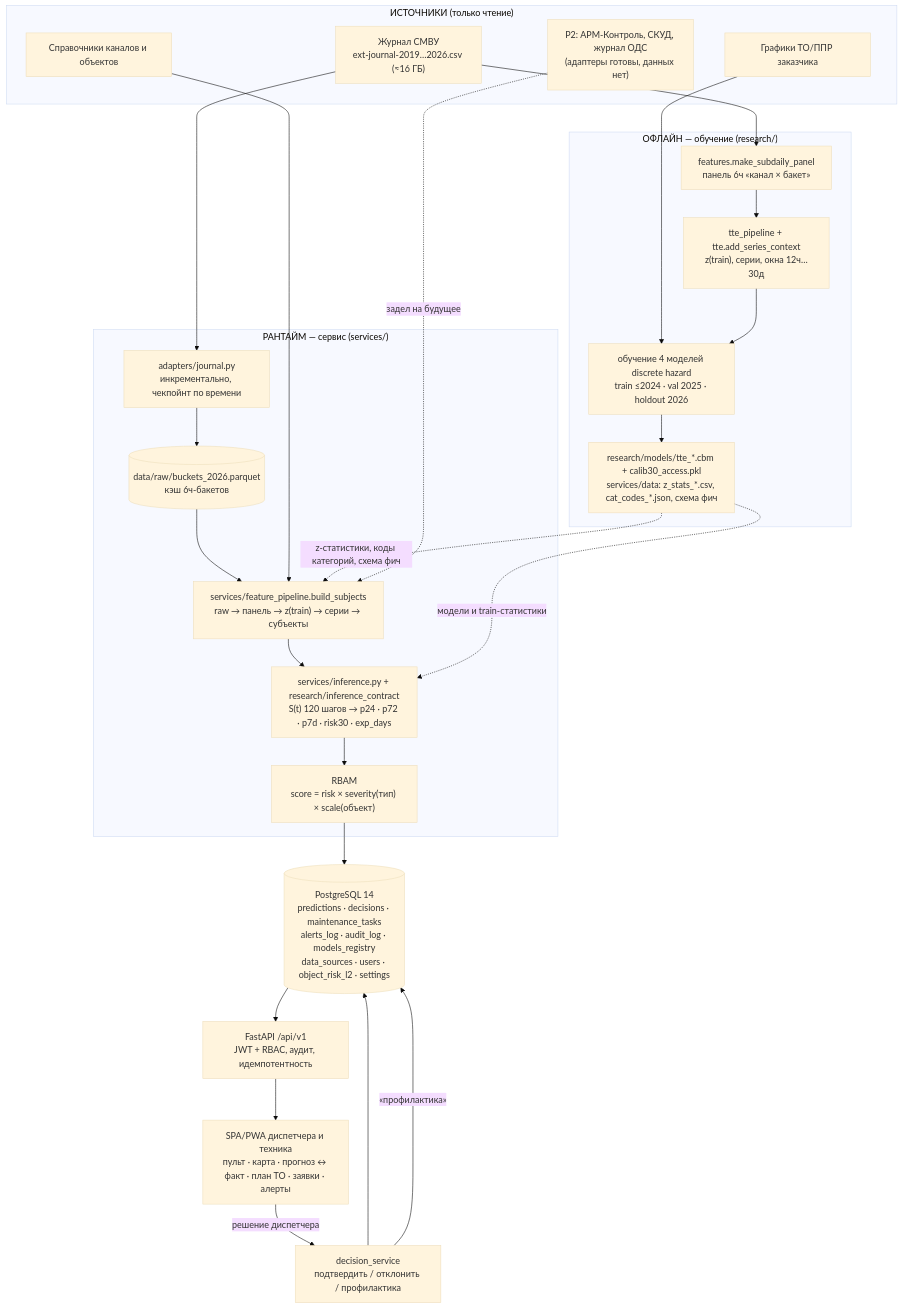
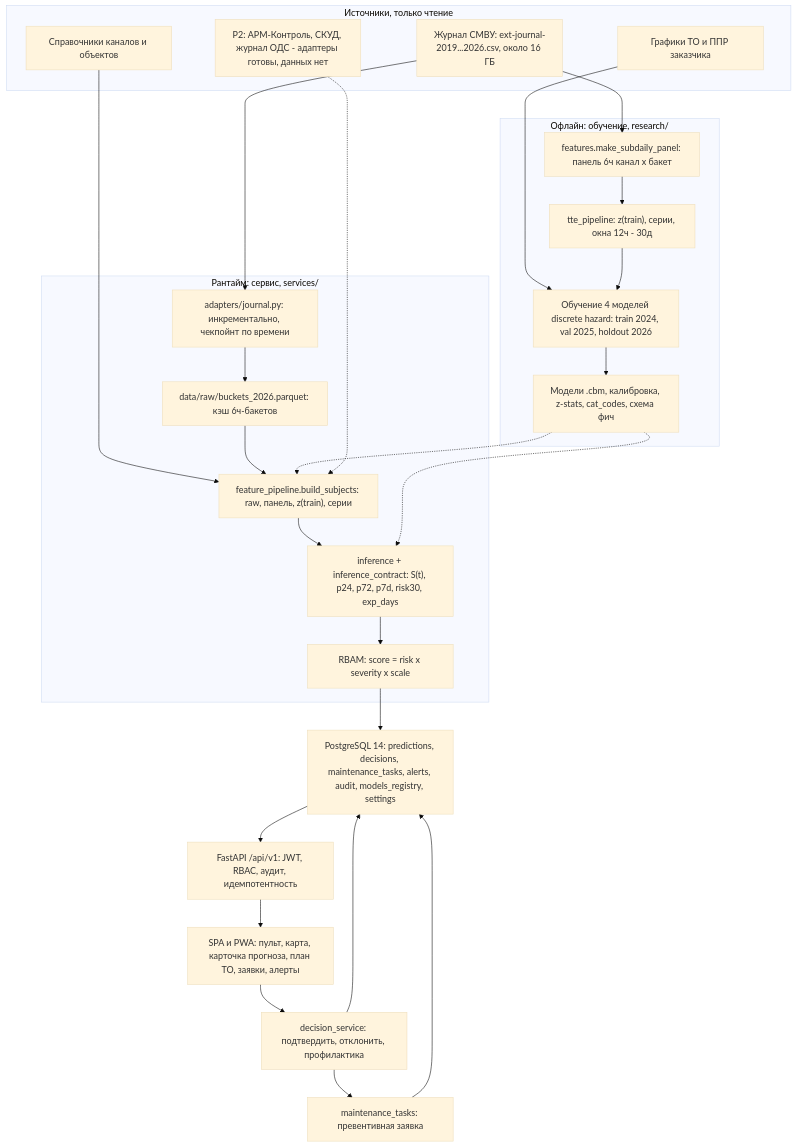
Before and after one commit to Sotef/lct_a8: the first of 2 diagrams in README.md, drawn with Mermaid (base theme). The commit also changed other lines of this file, not shown here.

Commit message:
docs(readme): архитектура читается графом — mermaid без HTML-лейблов и цилиндров, ASCII-схема свёрнута в details
§3 начинался с ASCII-простыни в код-блоке; теперь сразу mermaid-граф проекта, затем порядок шагов и граф одного тика, а текстовая ASCII-схема спрятана в <details>

Подписи узлов без <br/> и спецсимволов -> рендер проверен mermaid-cli 10.9.1 (семейство версий GitHub) и mermaid.ink

````diff
--- a/README.md
+++ b/README.md
@@ -126,41 +94,52 @@
 ```mermaid
 flowchart TD
-  subgraph SRC["ИСТОЧНИКИ (только чтение)"]
-    J["Журнал СМВУ<br/>ext-journal-2019…2026.csv (≈16 ГБ)"]
+  subgraph SRC["Источники, только чтение"]
+    J["Журнал СМВУ: ext-journal-2019...2026.csv, около 16 ГБ"]
     REF["Справочники каналов и объектов"]
-    PPR["Графики ТО/ППР заказчика"]
-    P2["P2: АРМ-Контроль, СКУД, журнал ОДС<br/>(адаптеры готовы, данных нет)"]
+    PPR["Графики ТО и ППР заказчика"]
+    P2["P2: АРМ-Контроль, СКУД, журнал ОДС - адаптеры готовы, данных нет"]
   end
 
-  subgraph OFF["ОФЛАЙН — обучение (research/)"]
-    FE["features.make_subdaily_panel<br/>панель 6ч «канал × бакет»"]
-    TT["tte_pipeline + tte.add_series_context<br/>z(train), серии, окна 12ч…30д"]
-    TR["обучение 4 моделей discrete hazard<br/>train ≤2024 · val 2025 · holdout 2026"]
-    AR["research/models/tte_*.cbm + calib30_access.pkl<br/>services/data: z_stats_*.csv, cat_codes_*.json, схема фич"]
+  subgraph OFF["Офлайн: обучение, research/"]
+    FE["features.make_subdaily_panel: панель 6ч канал x бакет"]
+    TT["tte_pipeline: z(train), серии, окна 12ч - 30д"]
+    TR["Обучение 4 моделей discrete hazard: train 2024, val 2025, holdout 2026"]
+    AR["Модели .cbm, калибровка, z-stats, cat_codes, схема фич"]
   end
 
-  subgraph RUN["РАНТАЙМ — сервис (services/)"]
-    AD["adapters/journal.py<br/>инкрементально, чекпойнт по времени"]
-    RAW[("data/raw/buckets_2026.parquet<br/>кэш 6ч-бакетов")]
-    FP["services/feature_pipeline.build_subjects<br/>raw → панель → z(train) → серии → субъекты"]
-    INF["services/inference.py + research/inference_contract<br/>S(t) 120 шагов → p24 · p72 · p7d · risk30 · exp_days"]
-    RBAM["RBAM<br/>score = risk × severity(тип) × scale(объект)"]
+  subgraph RUN["Рантайм: сервис, services/"]
+    AD["adapters/journal.py: инкрементально, чекпойнт по времени"]
+    RAW["data/raw/buckets_2026.parquet: кэш 6ч-бакетов"]
+    FP["feature_pipeline.build_subjects: raw, панель, z(train), серии"]
+    INF["inference + inference_contract: S(t), p24, p72, p7d, risk30, exp_days"]
+    RBAM["RBAM: score = risk x severity x scale"]
   end
 
-  DB[("PostgreSQL 14<br/>predictions · decisions · maintenance_tasks<br/>alerts_log · audit_log · models_registry<br/>data_sources · users · object_risk_l2 · settings")]
-  API["FastAPI /api/v1<br/>JWT + RBAC, аудит, идемпотентность"]
-  UI["SPA/PWA диспетчера и техника<br/>пульт · карта · прогноз ↔ факт · план ТО · заявки · алерты"]
-  DEC["decision_service<br/>подтвердить / отклонить / профилактика"]
+  DB["PostgreSQL 14: predictions, decisions, maintenance_tasks, alerts, audit, models_registry, settings"]
+  API["FastAPI /api/v1: JWT, RBAC, аудит, идемпотентность"]
+  UI["SPA и PWA: пульт, карта, карточка прогноза, план ТО, заявки, алерты"]
+  DEC["decision_service: подтвердить, отклонить, профилактика"]
+  MAINT["maintenance_tasks: превентивная заявка"]
 
-  J --> AD --> RAW --> FP --> INF --> RBAM --> DB
+  J --> AD
   REF --> FP
   PPR --> TR
-  J --> FE --> TT --> TR --> AR
-  AR -.->|модели и train-статистики| INF
-  AR -.->|z-статистики, коды категорий, схема фич| FP
-  DB --> API --> UI
-  UI -->|решение диспетчера| DEC
+  AD --> RAW
+  RAW --> FP
+  FP --> INF
+  INF --> RBAM
+  RBAM --> DB
+  DB --> API
+  API --> UI
+  UI --> DEC
   DEC --> DB
-  DEC -->|«профилактика»| DB
-  P2 -.->|задел на будущее| FP
+  DEC --> MAINT
+  MAINT --> DB
+  J --> FE
+  FE --> TT
+  TT --> TR
+  TR --> AR
+  AR -.-> INF
+  AR -.-> FP
+  P2 -.-> FP
 ```
````
